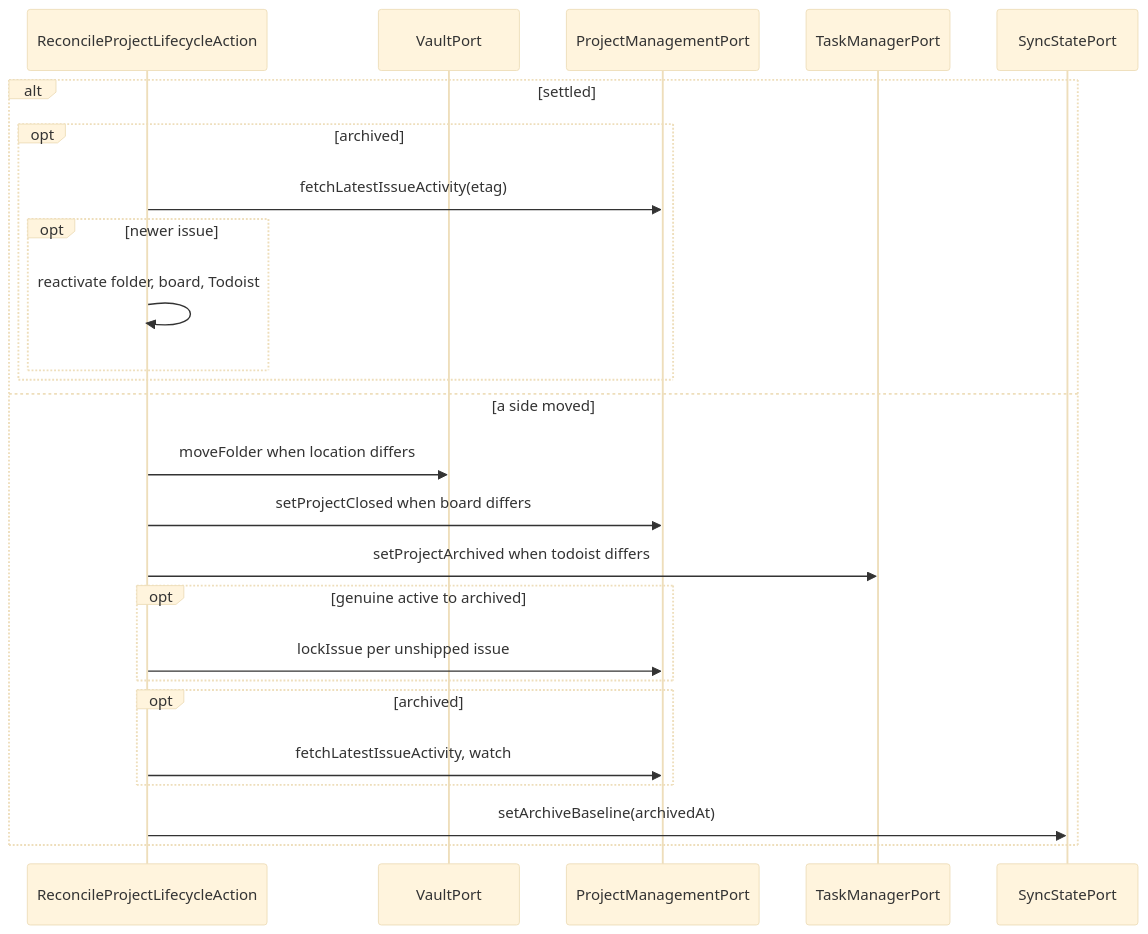
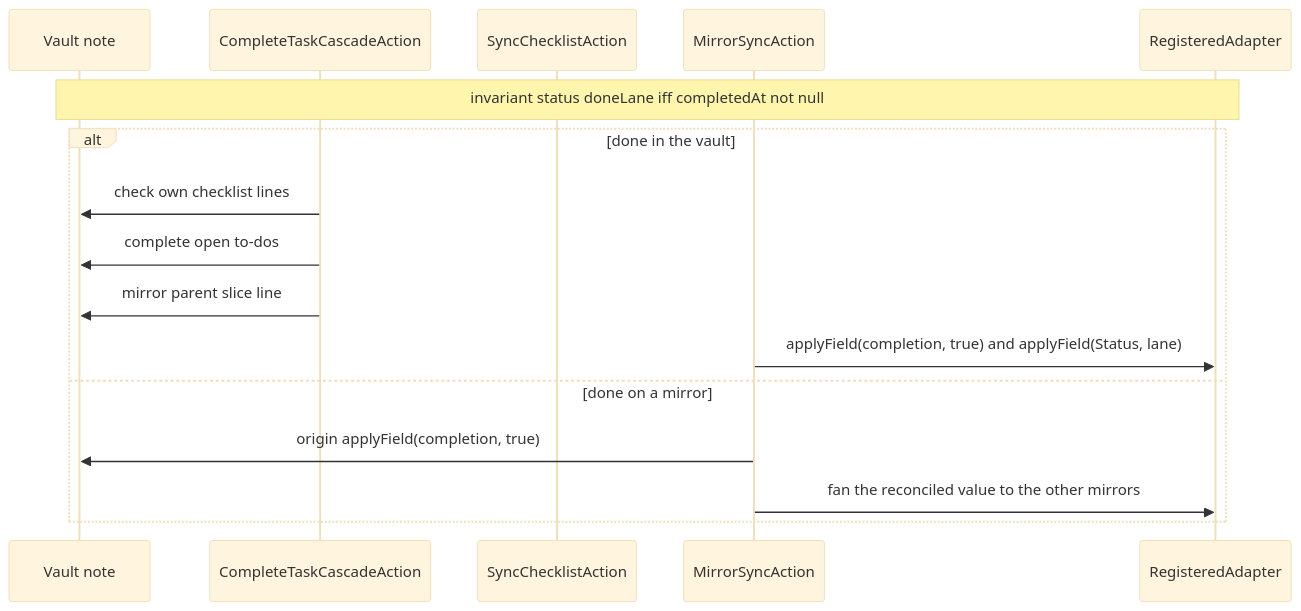
Before and after one commit to 99linesofcode/obsidian-project-management: diagram 15 of 18 in docs/developer-manual.md, drawn with Mermaid (base theme). The commit also changed other lines of this file and 1 other file, not shown here.

First line of the commit message:
docs: rewrite the manual and architecture for the multi-adapter core

````diff
--- a/docs/developer-manual.md
+++ b/docs/developer-manual.md
@@ -708,28 +719,19 @@
 ```mermaid
 sequenceDiagram
-  participant Life as ReconcileProjectLifecycleAction
-  participant V as VaultPort
-  participant PM as ProjectManagementPort
-  participant TM as TaskManagerPort
-  participant SS as SyncStatePort
+  participant V as Vault note
+  participant Cas as CompleteTaskCascadeAction
+  participant Chk as SyncChecklistAction
+  participant MS as MirrorSyncAction
+  participant R as RegisteredAdapter
 
-  alt settled
-    opt archived
-      Life->>PM: fetchLatestIssueActivity(etag)
-      opt newer issue
-        Life->>Life: reactivate folder, board, Todoist
-      end
-    end
-  else a side moved
-    Life->>V: moveFolder when location differs
-    Life->>PM: setProjectClosed when board differs
-    Life->>TM: setProjectArchived when todoist differs
-    opt genuine active to archived
-      Life->>PM: lockIssue per unshipped issue
-    end
-    opt archived
-      Life->>PM: fetchLatestIssueActivity, watch
-    end
-    Life->>SS: setArchiveBaseline(archivedAt)
+  Note over V,R: invariant status doneLane iff completedAt not null
+  alt done in the vault
+    Cas->>V: check own checklist lines
+    Cas->>V: complete open to-dos
+    Cas->>V: mirror parent slice line
+    MS->>R: applyField(completion, true) and applyField(Status, lane)
+  else done on a mirror
+    MS->>V: origin applyField(completion, true)
+    MS->>R: fan the reconciled value to the other mirrors
   end
 ```
````
